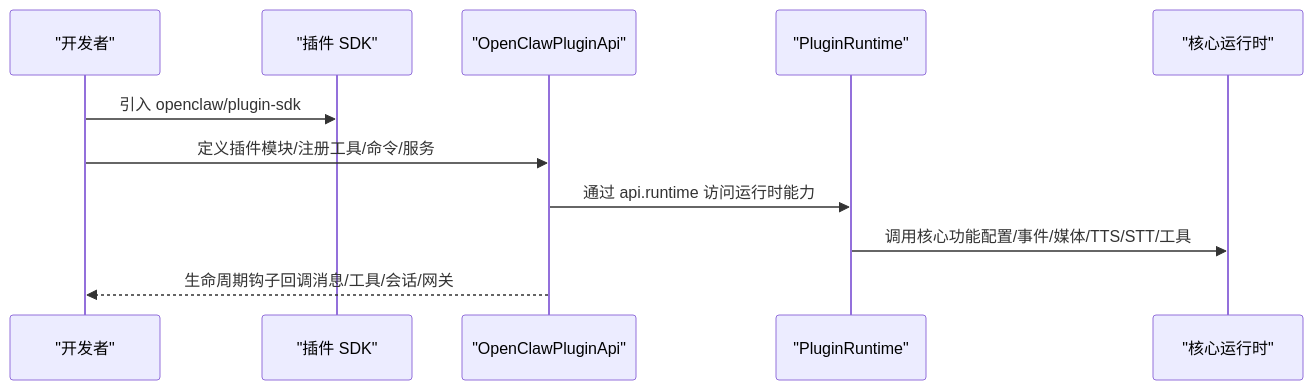
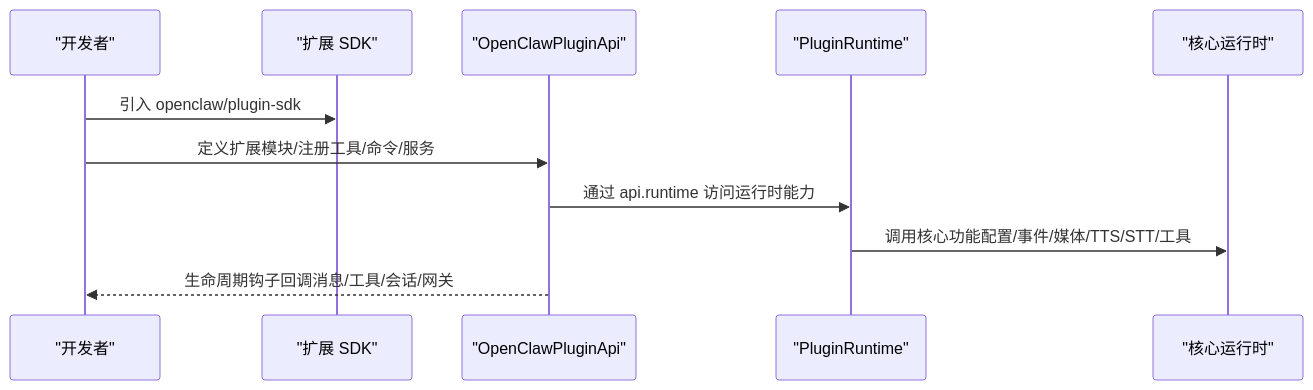
One commit to verse-ai-org/openclaw changed the third of 9 diagrams in .qoder/repowiki/zh/content/插件系统/插件系统.md. Above: the diagram before and after it, drawn with Mermaid. The commit also changed other lines of this file and 9 other files, not shown here.

````diff
--- a/.qoder/repowiki/zh/content/插件系统/插件系统.md
+++ b/.qoder/repowiki/zh/content/插件系统/插件系统.md
@@ -113,13 +636,13 @@
 ```mermaid
 sequenceDiagram
 participant Dev as "开发者"
-participant SDK as "插件 SDK"
+participant SDK as "扩展 SDK"
 participant API as "OpenClawPluginApi"
 participant RT as "PluginRuntime"
 participant Core as "核心运行时"
 Dev->>SDK : 引入 openclaw/plugin-sdk
-Dev->>API : 定义插件模块/注册工具/命令/服务
+Dev->>API : 定义扩展模块/注册工具/命令/服务
 API->>RT : 通过 api.runtime 访问运行时能力
 RT->>Core : 调用核心功能配置/事件/媒体/TTS/STT/工具
 API-->>Dev : 生命周期钩子回调消息/工具/会话/网关
 ```
````
